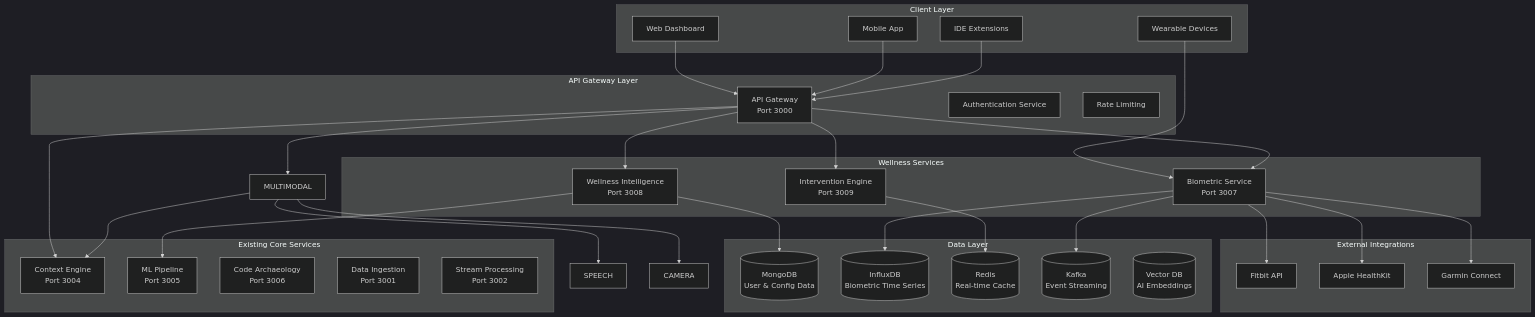
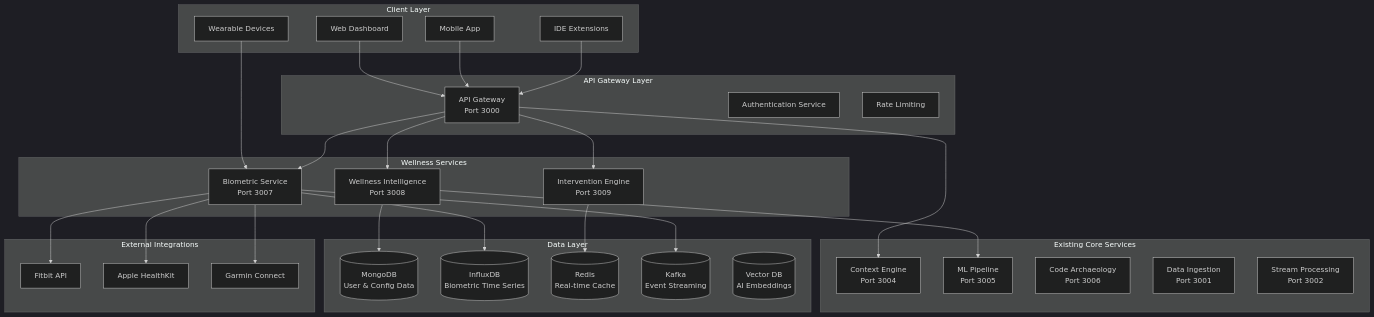
The diagram in .kiro/specs/developer-wellness-platform/design.md (bacoco/DevFlow), drawn with Mermaid (dark theme) before and after one commit. The commit also changed other lines of this file and 2 other files, not shown here.

````diff
--- a/.kiro/specs/developer-wellness-platform/design.md
+++ b/.kiro/specs/developer-wellness-platform/design.md
@@ -13,67 +13,63 @@
 ```mermaid
 graph TB
     subgraph "Client Layer"
         WEB[Web Dashboard]
         MOBILE[Mobile App]
         IDE[IDE Extensions]
         WEARABLES[Wearable Devices]
     end
     
     subgraph "API Gateway Layer"
         GATEWAY[API Gateway<br/>Port 3000]
         AUTH[Authentication Service]
         RATE[Rate Limiting]
     end
     
     subgraph "Wellness Services"
         BIOMETRIC[Biometric Service<br/>Port 3007]
         WELLNESS[Wellness Intelligence<br/>Port 3008]
         INTERVENTION[Intervention Engine<br/>Port 3009]
     end
     
     subgraph "Existing Core Services"
         CONTEXT[Context Engine<br/>Port 3004]
         ML[ML Pipeline<br/>Port 3005]
         ARCHAEOLOGY[Code Archaeology<br/>Port 3006]
         INGESTION[Data Ingestion<br/>Port 3001]
         STREAM[Stream Processing<br/>Port 3002]
     end
     
     subgraph "Data Layer"
         MONGO[(MongoDB<br/>User & Config Data)]
         INFLUX[(InfluxDB<br/>Biometric Time Series)]
         REDIS[(Redis<br/>Real-time Cache)]
         KAFKA[(Kafka<br/>Event Streaming)]
         VECTOR[(Vector DB<br/>AI Embeddings)]
     end
     
     subgraph "External Integrations"
         FITBIT[Fitbit API]
         APPLE[Apple HealthKit]
         GARMIN[Garmin Connect]
     end
     
     WEB --> GATEWAY
     MOBILE --> GATEWAY
     IDE --> GATEWAY
     WEARABLES --> BIOMETRIC
     
     GATEWAY --> BIOMETRIC
     GATEWAY --> WELLNESS
     GATEWAY --> INTERVENTION
-    GATEWAY --> MULTIMODAL
     GATEWAY --> CONTEXT
     
     BIOMETRIC --> INFLUX
     BIOMETRIC --> KAFKA
     WELLNESS --> ML
     WELLNESS --> MONGO
     INTERVENTION --> REDIS
-    MULTIMODAL --> CONTEXT
     
     BIOMETRIC --> FITBIT
     BIOMETRIC --> APPLE
     BIOMETRIC --> GARMIN
-    MULTIMODAL --> SPEECH
-    MULTIMODAL --> CAMERA
 ```
````
